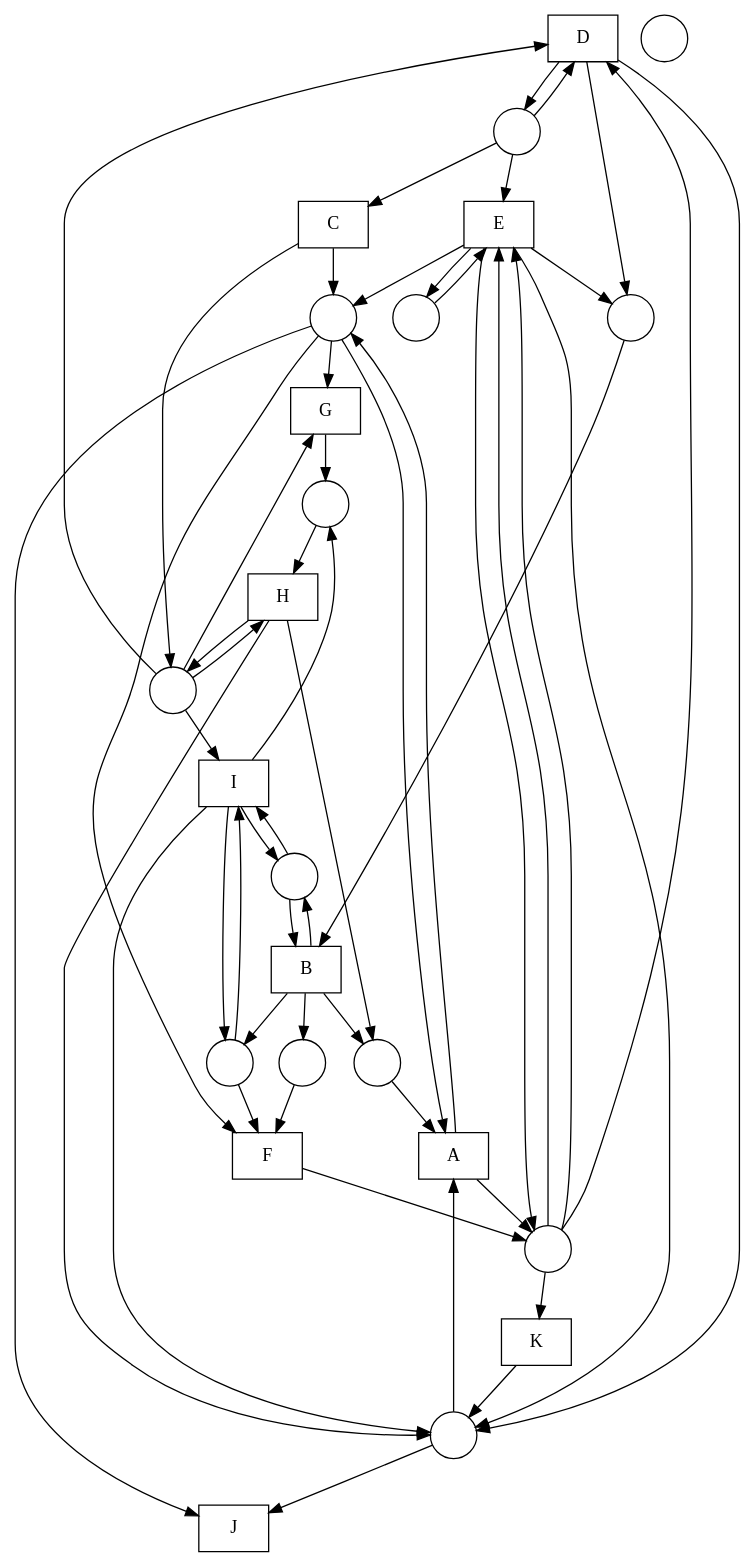
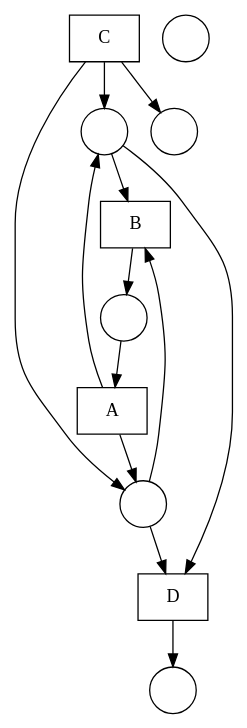
The diagram in nets/Fittest net.gv (DWitek97/GeneticMiner), drawn with Graphviz before and after one commit. The commit also changed 7 other files, not shown here.

```diff
--- a/nets/Fittest net.gv
+++ b/nets/Fittest net.gv
@@ -1,80 +1,26 @@
 digraph "Fittest net" {
 	node [shape=box]
 	D [label=D]
-	H [label=H]
-	J [label=J]
+	B [label=B]
 	C [label=C]
-	K [label=K]
 	A [label=A]
-	F [label=F]
-	I [label=I]
-	E [label=E]
-	G [label=G]
-	B [label=B]
 	node [shape=circle]
 	1 [label=" "]
 	2 [label=" "]
 	3 [label=" "]
 	4 [label=" "]
 	5 [label=" "]
 	6 [label=" "]
-	7 [label=" "]
-	8 [label=" "]
-	9 [label=" "]
-	10 [label=" "]
-	11 [label=" "]
-	12 [label=" "]
-	13 [label=" "]
-	1 -> D
-	10 -> D
-	8 -> D
-	D -> 7
-	D -> 5
-	D -> 1
-	11 -> H
-	8 -> H
-	H -> 8
-	H -> 7
-	H -> 3
-	4 -> J
-	7 -> J
-	1 -> C
+	3 -> D
+	4 -> D
+	D -> 2
+	4 -> B
+	3 -> B
+	B -> 1
+	C -> 3
+	C -> 5
 	C -> 4
-	C -> 8
-	10 -> K
-	K -> 7
-	4 -> A
-	7 -> A
-	3 -> A
-	A -> 10
+	1 -> A
 	A -> 4
-	6 -> F
-	2 -> F
-	4 -> F
-	F -> 10
-	6 -> I
-	9 -> I
-	8 -> I
-	I -> 7
-	I -> 11
-	I -> 9
-	I -> 6
-	13 -> E
-	10 -> E
-	10 -> E
-	1 -> E
-	E -> 5
-	E -> 10
-	E -> 7
-	E -> 13
-	E -> 4
-	8 -> G
-	4 -> G
-	G -> 11
-	9 -> B
-	5 -> B
-	B -> 3
-	B -> 6
-	B -> 9
-	B -> 2
+	A -> 3
 }
```
